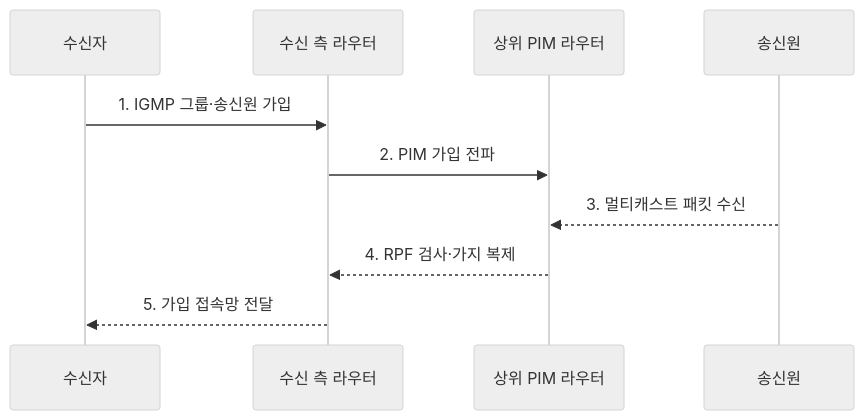
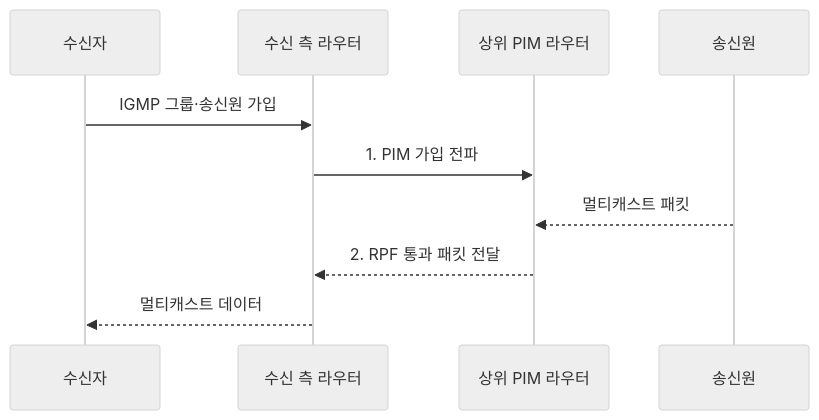
One commit to agnusdei1207/knowledge-base changed the second of 2 diagrams in src/content/docs/notes/04-network/116_multicast_igmp_pim.md. Above: the diagram before and after it, drawn with Mermaid (neutral theme). The commit also changed other lines of this file and 16 other files, not shown here.

````diff
--- a/src/content/docs/notes/04-network/116_multicast_igmp_pim.md
+++ b/src/content/docs/notes/04-network/116_multicast_igmp_pim.md
@@ -84,12 +79,12 @@
 ```mermaid
 sequenceDiagram
   participant H as 수신자
   participant E as 수신 측 라우터
   participant U as 상위 PIM 라우터
   participant S as 송신원
-  H->>E: 1. IGMP 그룹·송신원 가입
-  E->>U: 2. PIM 가입 전파
-  S-->>U: 3. 멀티캐스트 패킷 수신
-  U-->>E: 4. RPF 검사·가지 복제
-  E-->>H: 5. 가입 접속망 전달
+  H->>E: IGMP 그룹·송신원 가입
+  E->>U: 1. PIM 가입 전파
+  S-->>U: 멀티캐스트 패킷
+  U-->>E: 2. RPF 통과 패킷 전달
+  E-->>H: 멀티캐스트 데이터
 ```
````
